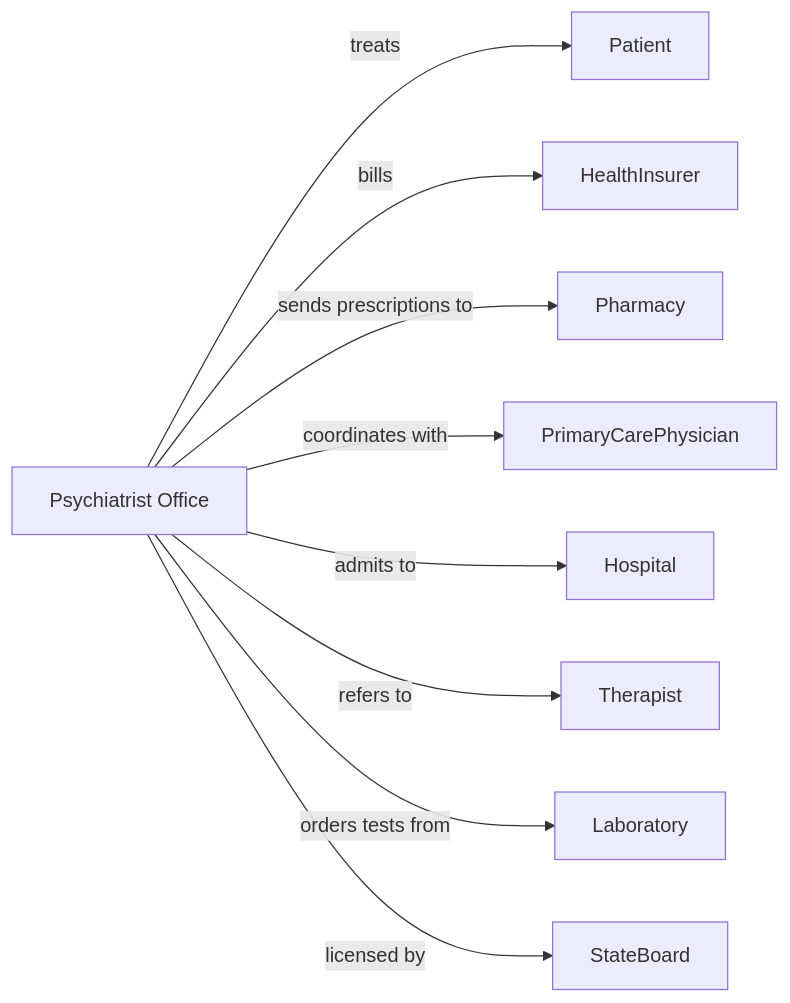
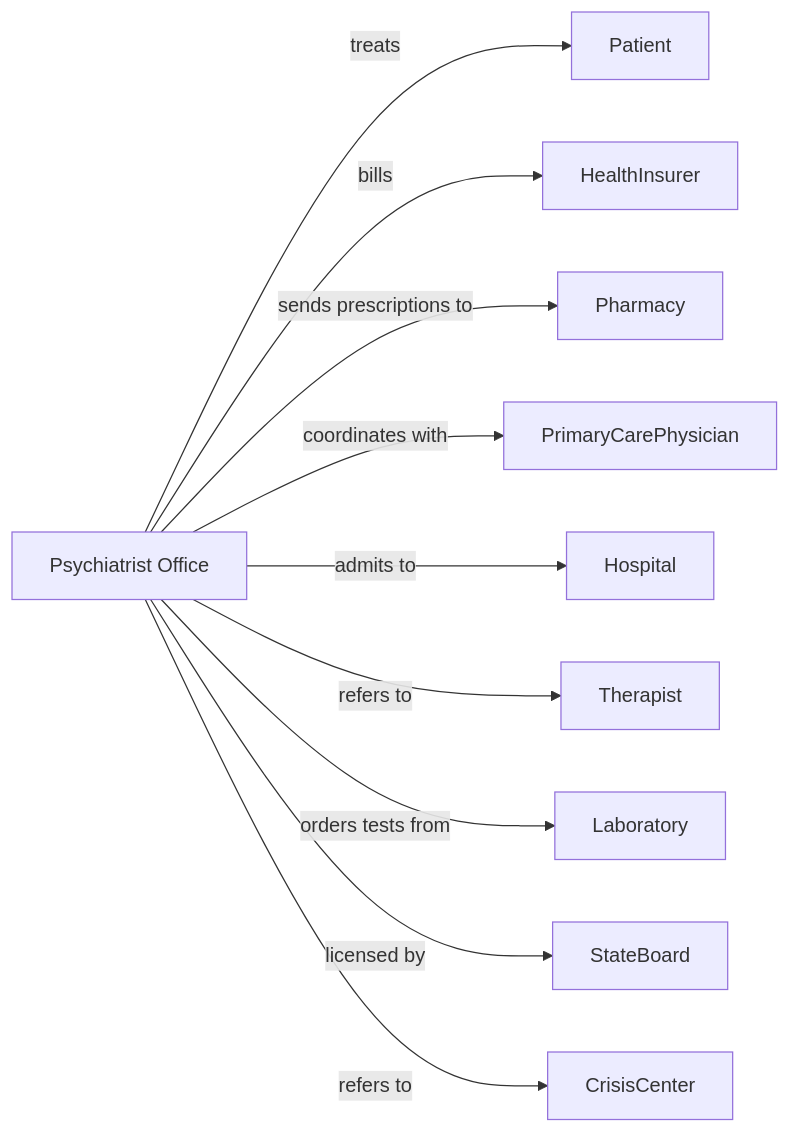
One commit to dot-org-ai/industries.org.ai changed the second of 2 diagrams in HealthCare/AmbulatoryHealthCareServices/OfficesOfPhysicians/OfficesOfPhysiciansMentalHealthSpecialists.mdx. Above: the diagram before and after it, drawn with Mermaid. The commit also changed other lines of this file and 588 other files, not shown here.

````diff
--- a/HealthCare/AmbulatoryHealthCareServices/OfficesOfPhysicians/OfficesOfPhysiciansMentalHealthSpecialists.mdx
+++ b/HealthCare/AmbulatoryHealthCareServices/OfficesOfPhysicians/OfficesOfPhysiciansMentalHealthSpecialists.mdx
@@ -139,13 +139,14 @@
 ```mermaid
 graph LR
     P[Psychiatrist Office]
 
     P -->|treats| Patient
     P -->|bills| HealthInsurer
     P -->|sends prescriptions to| Pharmacy
     P -->|coordinates with| PrimaryCarePhysician
     P -->|admits to| Hospital
     P -->|refers to| Therapist
     P -->|orders tests from| Laboratory
     P -->|licensed by| StateBoard
+    P -->|refers to| CrisisCenter
 ```
````
